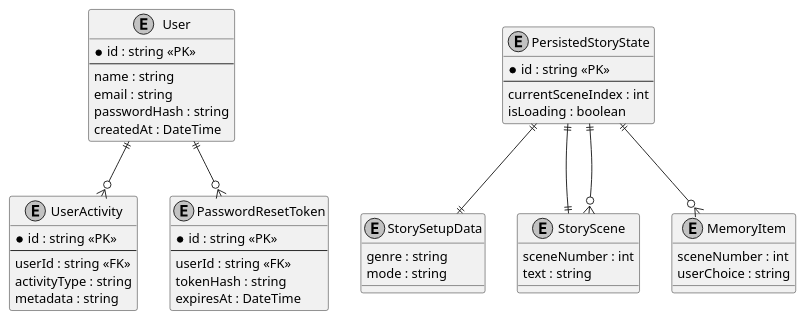
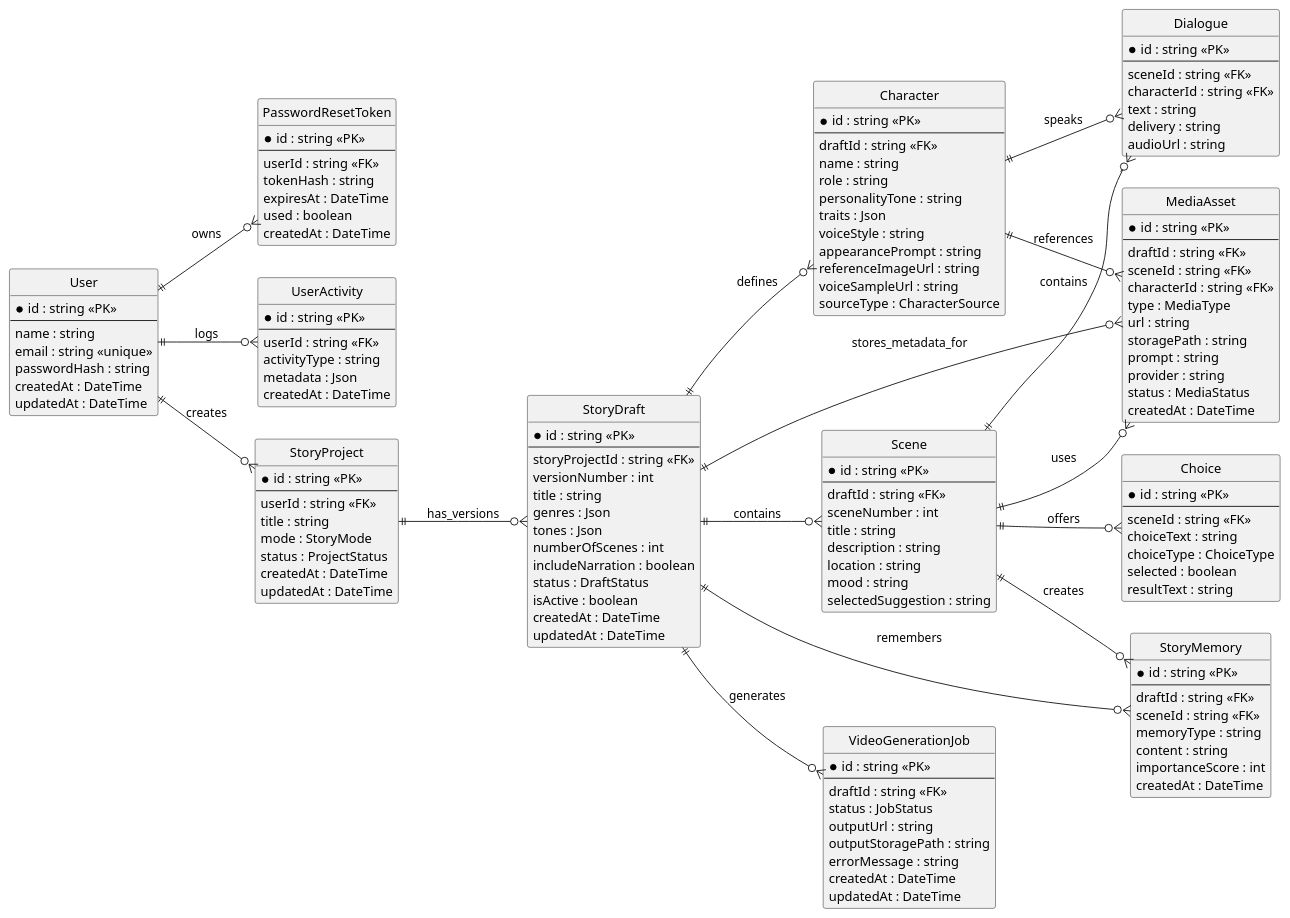
Before and after one commit to alishakeel007-afk/Omni-Narrative-Engine: diagram 15 of 16 in plantuml_diagrams.md, drawn with PlantUML. The commit also changed other lines of this file and 29 other files, not shown here.

Commit message:
Migrate to Supabase Postgres and update project architecture and color pallete to light blue, dark background and white text

````diff
--- a/plantuml_diagrams.md
+++ b/plantuml_diagrams.md
@@ -647,13 +647,26 @@
 ```plantuml
 @startuml
 skinparam monochrome true
+hide circle
+left to right direction
 
 entity User {
   * id : string <<PK>>
   --
   name : string
-  email : string
+  email : string <<unique>>
   passwordHash : string
+  createdAt : DateTime
+  updatedAt : DateTime
+}
+
+entity PasswordResetToken {
+  * id : string <<PK>>
+  --
+  userId : string <<FK>>
+  tokenHash : string
+  expiresAt : DateTime
+  used : boolean
   createdAt : DateTime
 }
 
@@ -662,44 +675,136 @@
   --
   userId : string <<FK>>
   activityType : string
-  metadata : string
+  metadata : Json
+  createdAt : DateTime
 }
 
-entity PasswordResetToken {
+entity StoryProject {
   * id : string <<PK>>
   --
   userId : string <<FK>>
-  tokenHash : string
-  expiresAt : DateTime
+  title : string
+  mode : StoryMode
+  status : ProjectStatus
+  createdAt : DateTime
+  updatedAt : DateTime
 }
 
-entity PersistedStoryState {
+entity StoryDraft {
   * id : string <<PK>>
   --
-  currentSceneIndex : int
-  isLoading : boolean
+  storyProjectId : string <<FK>>
+  versionNumber : int
+  title : string
+  genres : Json
+  tones : Json
+  numberOfScenes : int
+  includeNarration : boolean
+  status : DraftStatus
+  isActive : boolean
+  createdAt : DateTime
+  updatedAt : DateTime
 }
 
-entity StorySetupData {
-  genre : string
-  mode : string
+entity Character {
+  * id : string <<PK>>
+  --
+  draftId : string <<FK>>
+  name : string
+  role : string
+  personalityTone : string
+  traits : Json
+  voiceStyle : string
+  appearancePrompt : string
+  referenceImageUrl : string
+  voiceSampleUrl : string
+  sourceType : CharacterSource
 }
 
-entity StoryScene {
+entity Scene {
+  * id : string <<PK>>
+  --
+  draftId : string <<FK>>
   sceneNumber : int
-  text : string
+  title : string
+  description : string
+  location : string
+  mood : string
+  selectedSuggestion : string
 }
 
-entity MemoryItem {
-  sceneNumber : int
-  userChoice : string
+entity Dialogue {
+  * id : string <<PK>>
+  --
+  sceneId : string <<FK>>
+  characterId : string <<FK>>
+  text : string
+  delivery : string
+  audioUrl : string
 }
 
-User ||--o{ UserActivity
-User ||--o{ PasswordResetToken
-PersistedStoryState ||--|| StorySetupData
-PersistedStoryState ||--|| StoryScene
-PersistedStoryState ||--o{ StoryScene
-PersistedStoryState ||--o{ MemoryItem
+entity Choice {
+  * id : string <<PK>>
+  --
+  sceneId : string <<FK>>
+  choiceText : string
+  choiceType : ChoiceType
+  selected : boolean
+  resultText : string
+}
+
+entity StoryMemory {
+  * id : string <<PK>>
+  --
+  draftId : string <<FK>>
+  sceneId : string <<FK>>
+  memoryType : string
+  content : string
+  importanceScore : int
+  createdAt : DateTime
+}
+
+entity MediaAsset {
+  * id : string <<PK>>
+  --
+  draftId : string <<FK>>
+  sceneId : string <<FK>>
+  characterId : string <<FK>>
+  type : MediaType
+  url : string
+  storagePath : string
+  prompt : string
+  provider : string
+  status : MediaStatus
+  createdAt : DateTime
+}
+
+entity VideoGenerationJob {
+  * id : string <<PK>>
+  --
+  draftId : string <<FK>>
+  status : JobStatus
+  outputUrl : string
+  outputStoragePath : string
+  errorMessage : string
+  createdAt : DateTime
+  updatedAt : DateTime
+}
+
+User ||--o{ PasswordResetToken : owns
+User ||--o{ UserActivity : logs
+User ||--o{ StoryProject : creates
+StoryProject ||--o{ StoryDraft : has_versions
+StoryDraft ||--o{ Character : defines
+StoryDraft ||--o{ Scene : contains
+StoryDraft ||--o{ StoryMemory : remembers
+StoryDraft ||--o{ MediaAsset : stores_metadata_for
+StoryDraft ||--o{ VideoGenerationJob : generates
+Scene ||--o{ Dialogue : contains
+Scene ||--o{ Choice : offers
+Scene ||--o{ StoryMemory : creates
+Scene ||--o{ MediaAsset : uses
+Character ||--o{ Dialogue : speaks
+Character ||--o{ MediaAsset : references
 @enduml
 ```
````
